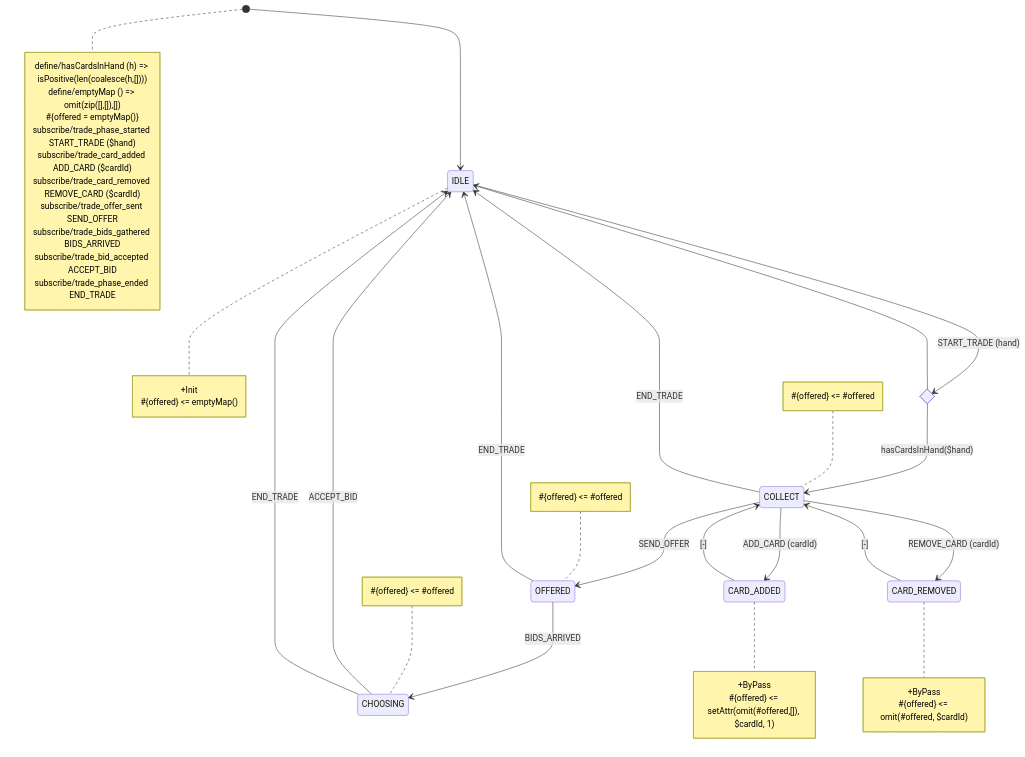
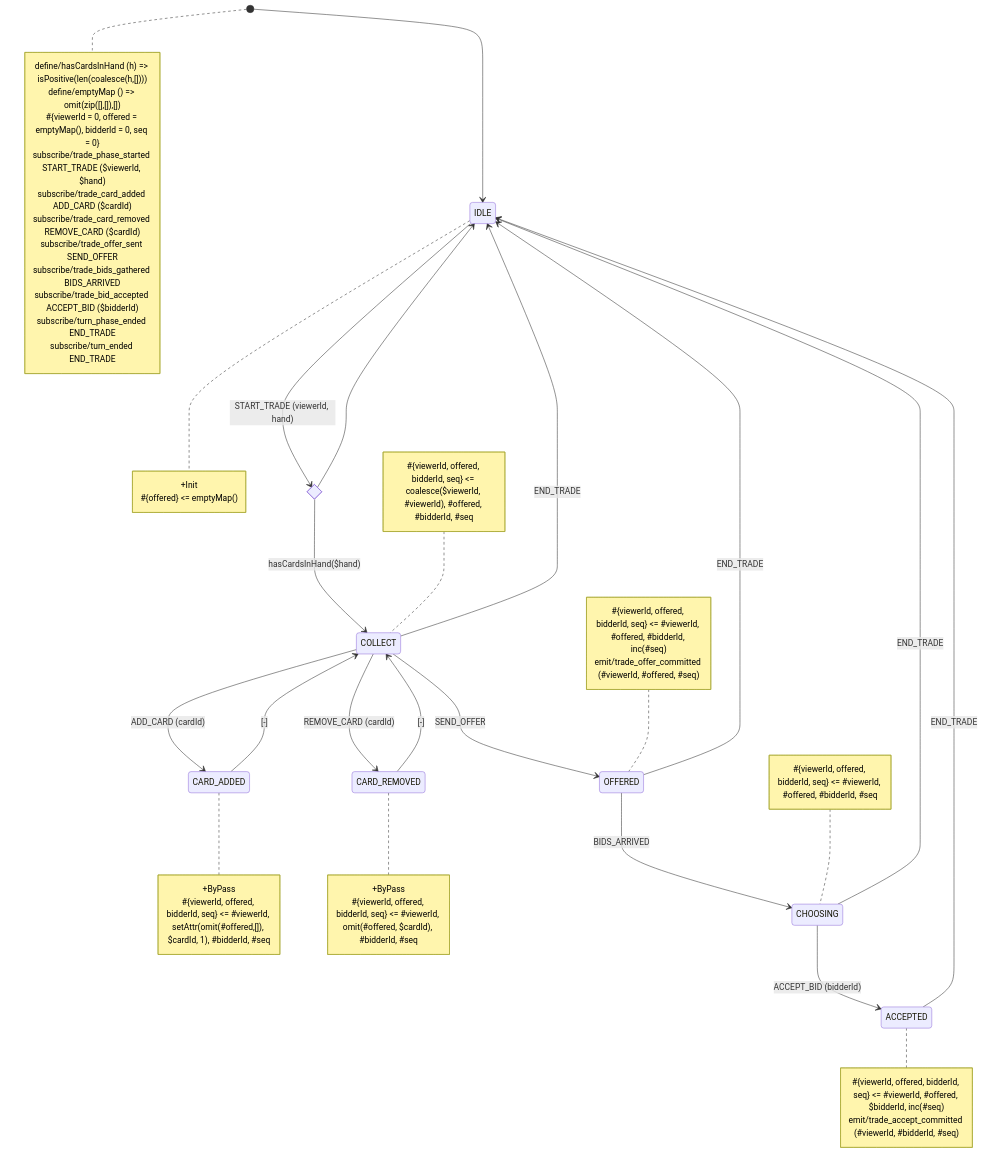
One commit to tfcp68/battle-farm changed the diagram in src/shared/lib/fsm/diagrams/trading.mermaid. Above: the diagram before and after it, drawn with Mermaid. The commit also changed 7 other files, not shown here.

First line of the commit message:
refactor(fsm): rewrite turn + 7 phase-machine diagrams for the new engine

```diff
--- a/src/shared/lib/fsm/diagrams/trading.mermaid
+++ b/src/shared/lib/fsm/diagrams/trading.mermaid
@@ -1,56 +1,64 @@
 stateDiagram-v2
     [*] --> IDLE
     state hasCards <<choice>>
-    IDLE --> hasCards: START_TRADE (hand)
+    IDLE --> hasCards: START_TRADE (viewerId, hand)
     hasCards --> COLLECT: hasCardsInHand($hand)
     hasCards --> IDLE
     COLLECT --> CARD_ADDED: ADD_CARD (cardId)
     CARD_ADDED --> COLLECT: [-]
     COLLECT --> CARD_REMOVED: REMOVE_CARD (cardId)
     CARD_REMOVED --> COLLECT: [-]
     COLLECT --> OFFERED: SEND_OFFER
     OFFERED --> CHOOSING: BIDS_ARRIVED
-    CHOOSING --> IDLE: ACCEPT_BID
+    CHOOSING --> ACCEPTED: ACCEPT_BID (bidderId)
     COLLECT --> IDLE: END_TRADE
     OFFERED --> IDLE: END_TRADE
     CHOOSING --> IDLE: END_TRADE
+    ACCEPTED --> IDLE: END_TRADE
 
 note right of IDLE
 +Init
 #{offered} <= emptyMap()
 end note
 
 note right of [*]
 define/hasCardsInHand (h) => isPositive(len(coalesce(h,[])))
 define/emptyMap () => omit(zip([],[]),[])
-#{offered = emptyMap()}
-subscribe/trade_phase_started START_TRADE ($hand)
+#{viewerId = 0, offered = emptyMap(), bidderId = 0, seq = 0}
+subscribe/trade_phase_started START_TRADE ($viewerId, $hand)
 subscribe/trade_card_added ADD_CARD ($cardId)
 subscribe/trade_card_removed REMOVE_CARD ($cardId)
 subscribe/trade_offer_sent SEND_OFFER
 subscribe/trade_bids_gathered BIDS_ARRIVED
-subscribe/trade_bid_accepted ACCEPT_BID
-subscribe/trade_phase_ended END_TRADE
+subscribe/trade_bid_accepted ACCEPT_BID ($bidderId)
+subscribe/turn_phase_ended END_TRADE
+subscribe/turn_ended END_TRADE
 end note
 
 note left of COLLECT
-#{offered} <= #offered
+#{viewerId, offered, bidderId, seq} <= coalesce($viewerId, #viewerId), #offered, #bidderId, #seq
 end note
 
 note right of CARD_ADDED
 +ByPass
-#{offered} <= setAttr(omit(#offered,[]), $cardId, 1)
+#{viewerId, offered, bidderId, seq} <= #viewerId, setAttr(omit(#offered,[]), $cardId, 1), #bidderId, #seq
 end note
 
 note right of CARD_REMOVED
 +ByPass
-#{offered} <= omit(#offered, $cardId)
+#{viewerId, offered, bidderId, seq} <= #viewerId, omit(#offered, $cardId), #bidderId, #seq
 end note
 
 note left of OFFERED
-#{offered} <= #offered
+#{viewerId, offered, bidderId, seq} <= #viewerId, #offered, #bidderId, inc(#seq)
+emit/trade_offer_committed (#viewerId, #offered, #seq)
 end note
 
 note left of CHOOSING
-#{offered} <= #offered
+#{viewerId, offered, bidderId, seq} <= #viewerId, #offered, #bidderId, #seq
 end note
+
+note right of ACCEPTED
+#{viewerId, offered, bidderId, seq} <= #viewerId, #offered, $bidderId, inc(#seq)
+emit/trade_accept_committed (#viewerId, #bidderId, #seq)
+end note
```
